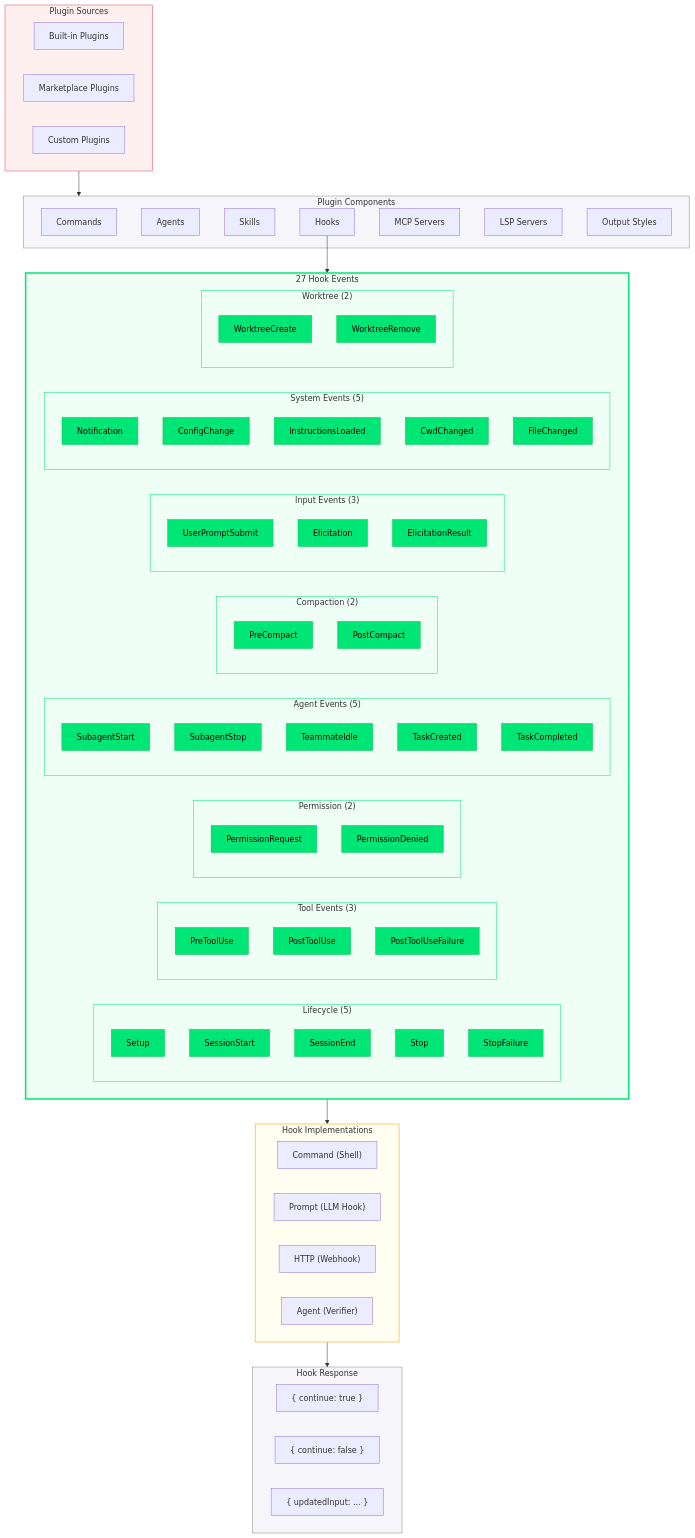
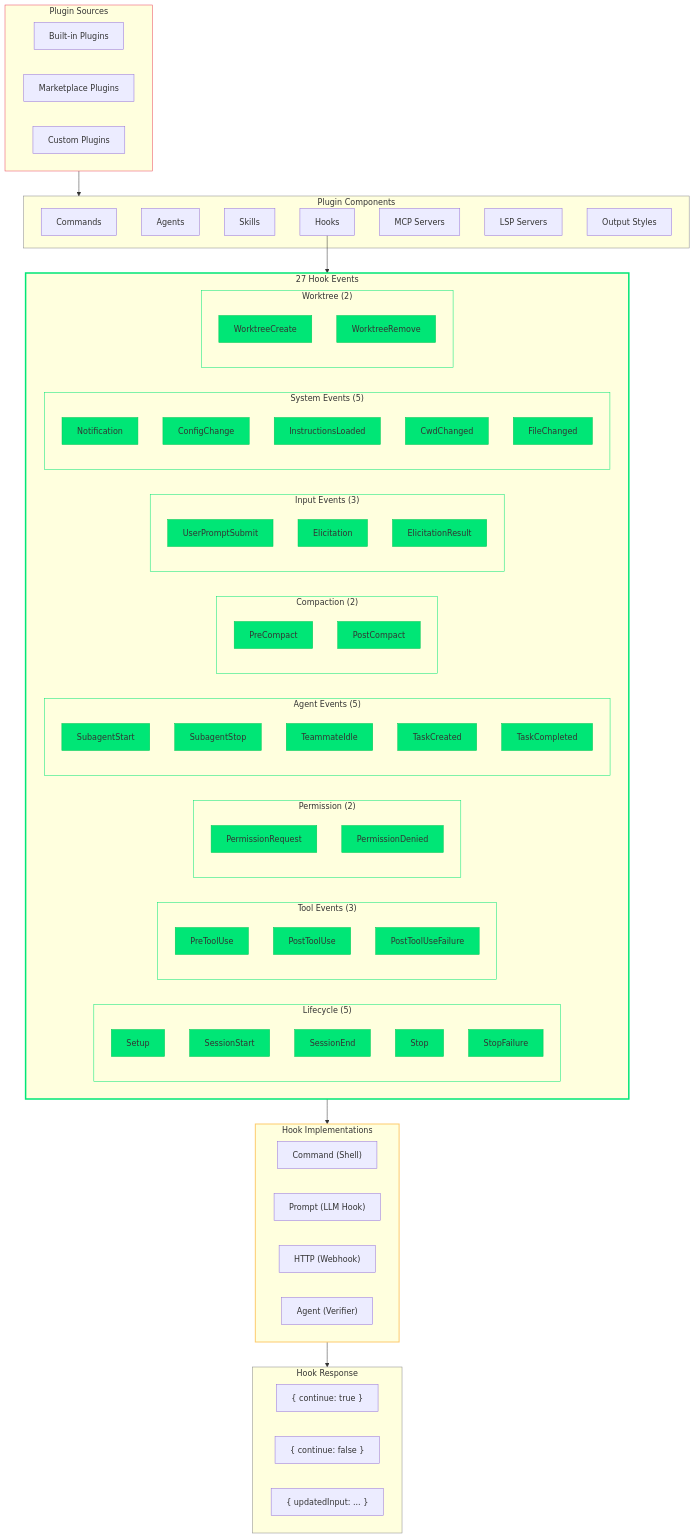
Before and after one commit to PavelValentov/multi-agent-architecture: the ninth of 14 diagrams in DIAGRAMS.md, drawn with Mermaid. The commit also changed other lines of this file, not shown here.

````diff
--- a/DIAGRAMS.md
+++ b/DIAGRAMS.md
@@ -811,44 +811,44 @@
     HookEvents --> HookImpl
     HookImpl --> HookResponse
 
-    style PluginSources fill:#fff0f0,stroke:#e94560,stroke-width:1px,color:#333
-    style PluginComponents fill:#f5f5fa,stroke:#888,stroke-width:1px,color:#333
-    style HookEvents fill:#f0fff5,stroke:#00e676,stroke-width:3px,color:#333
-    style LifecycleHooks fill:#f0fff5,stroke:#00e676,stroke-width:1px,color:#333
-    style ToolHooks fill:#f0fff5,stroke:#00e676,stroke-width:1px,color:#333
-    style PermHooks fill:#f0fff5,stroke:#00e676,stroke-width:1px,color:#333
-    style AgentHooks fill:#f0fff5,stroke:#00e676,stroke-width:1px,color:#333
-    style CompactHooks fill:#f0fff5,stroke:#00e676,stroke-width:1px,color:#333
-    style InputHooks fill:#f0fff5,stroke:#00e676,stroke-width:1px,color:#333
-    style SystemHooks fill:#f0fff5,stroke:#00e676,stroke-width:1px,color:#333
-    style WorktreeHooks fill:#f0fff5,stroke:#00e676,stroke-width:1px,color:#333
-    style H_SETUP fill:#00e676,stroke:#00c853,stroke-width:1px,color:#000
-    style H_SESSION_START fill:#00e676,stroke:#00c853,stroke-width:1px,color:#000
-    style H_SESSION_END fill:#00e676,stroke:#00c853,stroke-width:1px,color:#000
-    style H_STOP fill:#00e676,stroke:#00c853,stroke-width:1px,color:#000
-    style H_STOP_FAIL fill:#00e676,stroke:#00c853,stroke-width:1px,color:#000
-    style H_PRE fill:#00e676,stroke:#00c853,stroke-width:1px,color:#000
-    style H_POST fill:#00e676,stroke:#00c853,stroke-width:1px,color:#000
-    style H_POST_F fill:#00e676,stroke:#00c853,stroke-width:1px,color:#000
-    style H_PERM_R fill:#00e676,stroke:#00c853,stroke-width:1px,color:#000
-    style H_PERM_D fill:#00e676,stroke:#00c853,stroke-width:1px,color:#000
-    style H_SUB_START fill:#00e676,stroke:#00c853,stroke-width:1px,color:#000
-    style H_SUB_STOP fill:#00e676,stroke:#00c853,stroke-width:1px,color:#000
-    style H_TEAMMATE fill:#00e676,stroke:#00c853,stroke-width:1px,color:#000
-    style H_TASK_CREATE fill:#00e676,stroke:#00c853,stroke-width:1px,color:#000
-    style H_TASK_DONE fill:#00e676,stroke:#00c853,stroke-width:1px,color:#000
-    style H_PRE_COMPACT fill:#00e676,stroke:#00c853,stroke-width:1px,color:#000
-    style H_POST_COMPACT fill:#00e676,stroke:#00c853,stroke-width:1px,color:#000
-    style H_PROMPT fill:#00e676,stroke:#00c853,stroke-width:1px,color:#000
-    style H_ELICIT fill:#00e676,stroke:#00c853,stroke-width:1px,color:#000
-    style H_ELICIT_R fill:#00e676,stroke:#00c853,stroke-width:1px,color:#000
-    style H_NOTIF fill:#00e676,stroke:#00c853,stroke-width:1px,color:#000
-    style H_CONFIG fill:#00e676,stroke:#00c853,stroke-width:1px,color:#000
-    style H_INSTRUCT fill:#00e676,stroke:#00c853,stroke-width:1px,color:#000
-    style H_CWD fill:#00e676,stroke:#00c853,stroke-width:1px,color:#000
-    style H_FILE fill:#00e676,stroke:#00c853,stroke-width:1px,color:#000
-    style H_WT_CREATE fill:#00e676,stroke:#00c853,stroke-width:1px,color:#000
-    style H_WT_REMOVE fill:#00e676,stroke:#00c853,stroke-width:1px,color:#000
-    style HookImpl fill:#fffef0,stroke:#fdcb6e,stroke-width:2px,color:#333
-    style HookResponse fill:#f5f5fa,stroke:#888,stroke-width:1px,color:#333
+    style PluginSources stroke:#e94560,stroke-width:1px
+    style PluginComponents stroke:#888,stroke-width:1px
+    style HookEvents stroke:#00e676,stroke-width:3px
+    style LifecycleHooks stroke:#00e676,stroke-width:1px
+    style ToolHooks stroke:#00e676,stroke-width:1px
+    style PermHooks stroke:#00e676,stroke-width:1px
+    style AgentHooks stroke:#00e676,stroke-width:1px
+    style CompactHooks stroke:#00e676,stroke-width:1px
+    style InputHooks stroke:#00e676,stroke-width:1px
+    style SystemHooks stroke:#00e676,stroke-width:1px
+    style WorktreeHooks stroke:#00e676,stroke-width:1px
+    style H_SETUP fill:#00e676,stroke:#00c853,stroke-width:1px
+    style H_SESSION_START fill:#00e676,stroke:#00c853,stroke-width:1px
+    style H_SESSION_END fill:#00e676,stroke:#00c853,stroke-width:1px
+    style H_STOP fill:#00e676,stroke:#00c853,stroke-width:1px
+    style H_STOP_FAIL fill:#00e676,stroke:#00c853,stroke-width:1px
+    style H_PRE fill:#00e676,stroke:#00c853,stroke-width:1px
+    style H_POST fill:#00e676,stroke:#00c853,stroke-width:1px
+    style H_POST_F fill:#00e676,stroke:#00c853,stroke-width:1px
+    style H_PERM_R fill:#00e676,stroke:#00c853,stroke-width:1px
+    style H_PERM_D fill:#00e676,stroke:#00c853,stroke-width:1px
+    style H_SUB_START fill:#00e676,stroke:#00c853,stroke-width:1px
+    style H_SUB_STOP fill:#00e676,stroke:#00c853,stroke-width:1px
+    style H_TEAMMATE fill:#00e676,stroke:#00c853,stroke-width:1px
+    style H_TASK_CREATE fill:#00e676,stroke:#00c853,stroke-width:1px
+    style H_TASK_DONE fill:#00e676,stroke:#00c853,stroke-width:1px
+    style H_PRE_COMPACT fill:#00e676,stroke:#00c853,stroke-width:1px
+    style H_POST_COMPACT fill:#00e676,stroke:#00c853,stroke-width:1px
+    style H_PROMPT fill:#00e676,stroke:#00c853,stroke-width:1px
+    style H_ELICIT fill:#00e676,stroke:#00c853,stroke-width:1px
+    style H_ELICIT_R fill:#00e676,stroke:#00c853,stroke-width:1px
+    style H_NOTIF fill:#00e676,stroke:#00c853,stroke-width:1px
+    style H_CONFIG fill:#00e676,stroke:#00c853,stroke-width:1px
+    style H_INSTRUCT fill:#00e676,stroke:#00c853,stroke-width:1px
+    style H_CWD fill:#00e676,stroke:#00c853,stroke-width:1px
+    style H_FILE fill:#00e676,stroke:#00c853,stroke-width:1px
+    style H_WT_CREATE fill:#00e676,stroke:#00c853,stroke-width:1px
+    style H_WT_REMOVE fill:#00e676,stroke:#00c853,stroke-width:1px
+    style HookImpl stroke:#fdcb6e,stroke-width:2px
+    style HookResponse stroke:#888,stroke-width:1px
 ```
````
